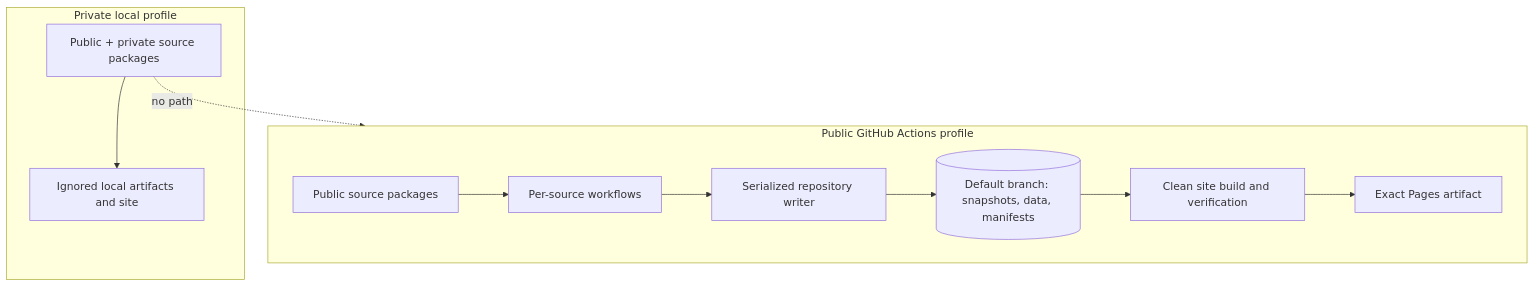
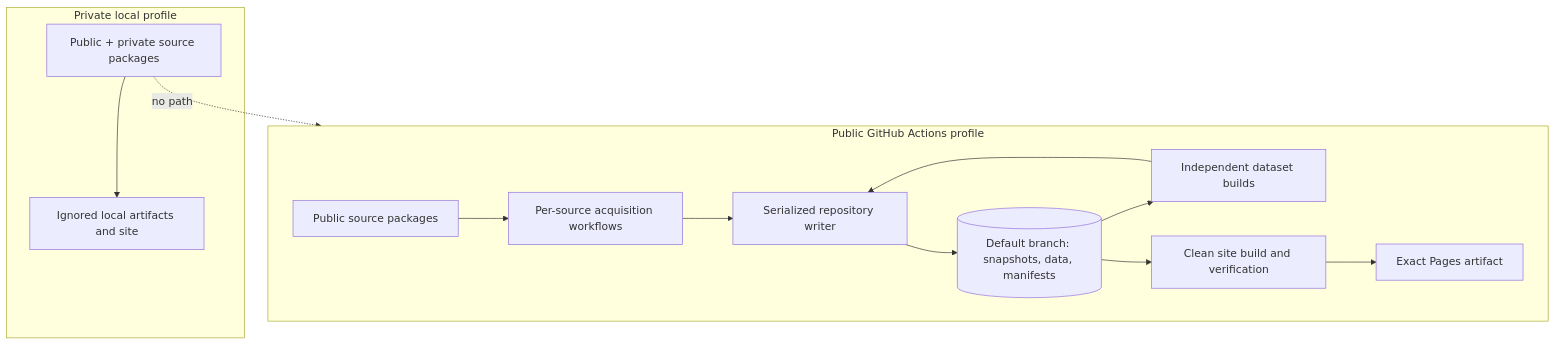
The third of 3 diagrams in _bmad-output/planning-artifacts/architecture/architecture-pulse-2026-08-18/ARCHITECTURE-SPINE.md (Tekrunner/pulse), drawn with Mermaid before and after one commit. The commit also changed other lines of this file and 57 other files, not shown here.

Commit message:
refactor(data): separate source and dataset packages

````diff
--- a/_bmad-output/planning-artifacts/architecture/architecture-pulse-2026-08-18/ARCHITECTURE-SPINE.md
+++ b/_bmad-output/planning-artifacts/architecture/architecture-pulse-2026-08-18/ARCHITECTURE-SPINE.md
@@ -179,14 +187,16 @@
 ```mermaid
 flowchart TB
     subgraph PublicCI[Public GitHub Actions profile]
-        PS[Public source packages] --> PW[Per-source workflows]
+        PS[Public source packages] --> PW[Per-source acquisition workflows]
         PW --> RW[Serialized repository writer]
         RW --> DB[(Default branch: snapshots, data, manifests)]
+        DB --> DS[Independent dataset builds]
+        DS --> RW
         DB --> SB[Clean site build and verification]
         SB --> PA[Exact Pages artifact]
     end
     subgraph PrivateLocal[Private local profile]
         LS[Public + private source packages] --> LO[Ignored local artifacts and site]
     end
     LS -. no path .-> PublicCI
 ```
````
